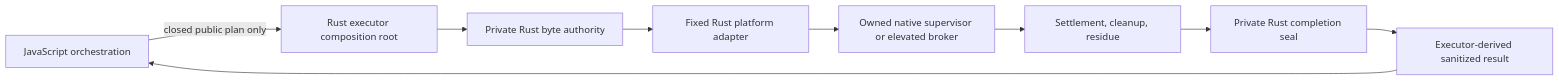
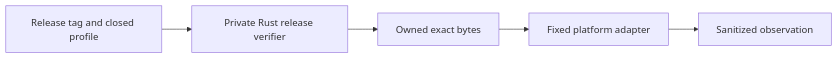
Before and after one commit to TheGreenCedar/BatCave: the diagram in docs/decisions/0003-private-native-artifact-consumption-authority.md, drawn with Mermaid. The commit also changed other lines of this file and 41 other files, not shown here.

````diff
--- a/docs/decisions/0003-private-native-artifact-consumption-authority.md
+++ b/docs/decisions/0003-private-native-artifact-consumption-authority.md
@@ -14,11 +13,7 @@
 ```mermaid
 flowchart LR
-  JS["JavaScript orchestration"] -->|"closed public plan only"| Executor["Rust executor composition root"]
-  Executor --> Authority["Private Rust byte authority"]
-  Authority --> Adapter["Fixed Rust platform adapter"]
-  Adapter --> Supervisor["Owned native supervisor or elevated broker"]
-  Supervisor --> Settle["Settlement, cleanup, residue"]
-  Settle --> Seal["Private Rust completion seal"]
-  Seal --> Derive["Executor-derived sanitized result"]
-  Derive --> JS
+  Selector["Release tag and closed profile"] --> Verifier["Private Rust release verifier"]
+  Verifier --> Authority["Owned exact bytes"]
+  Authority --> Adapter["Fixed platform adapter"]
+  Adapter --> Result["Sanitized observation"]
 ```
````
